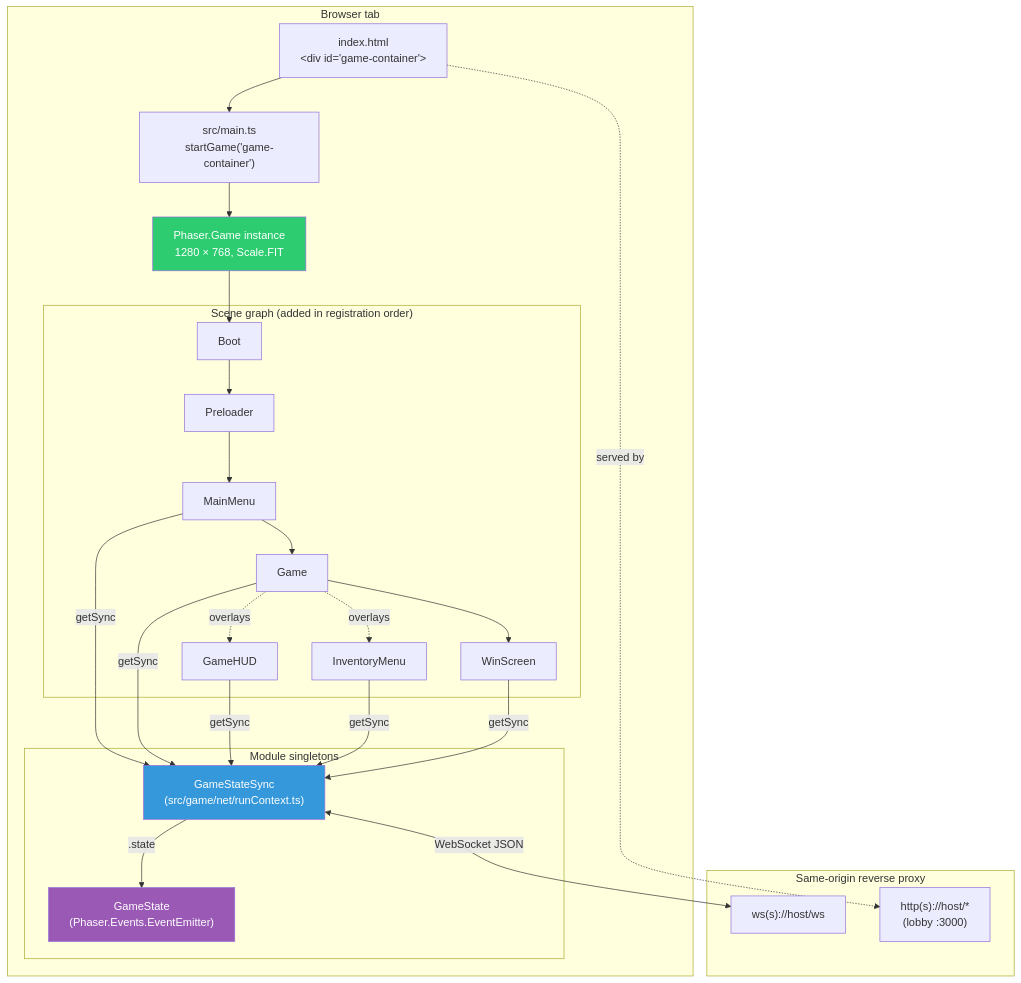
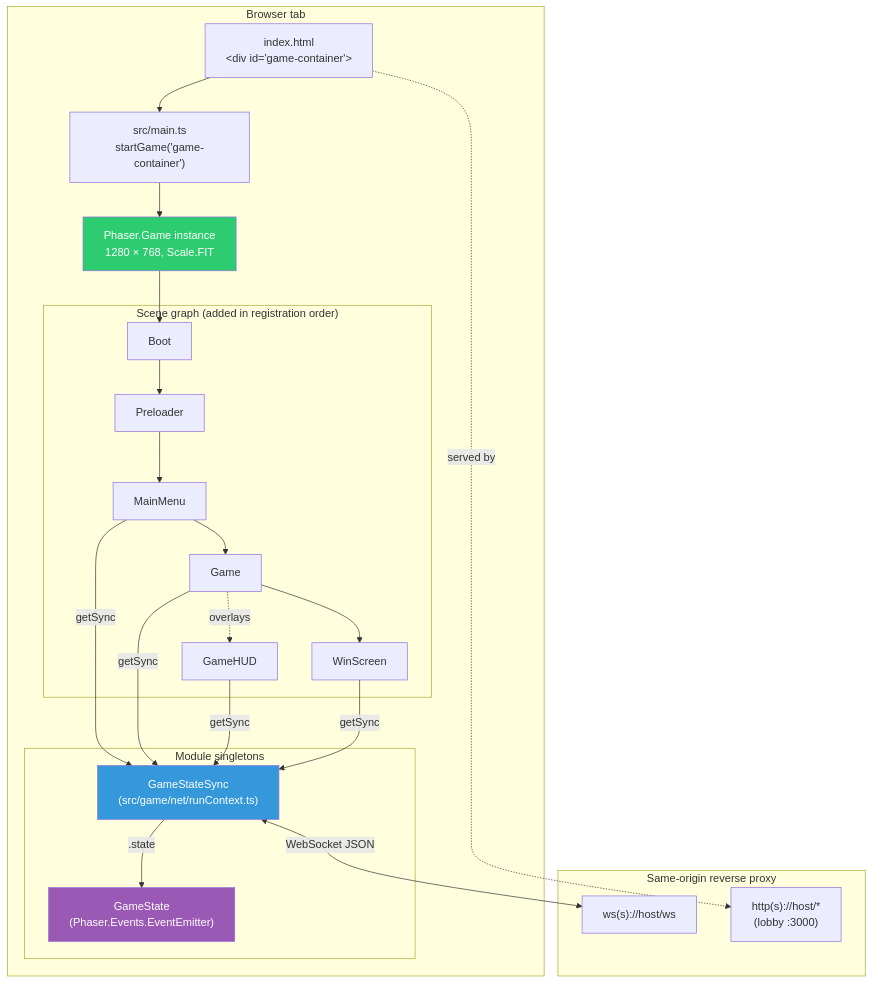
Before and after one commit to NUSGreyhats/dcsg-vibecat-404: the first of 2 diagrams in docs/specs/client/01-architecture.md, drawn with Mermaid. The commit also changed other lines of this file and 36 other files, not shown here.

Commit message:
Remove inventory and show powerups in game

````diff
--- a/docs/specs/client/01-architecture.md
+++ b/docs/specs/client/01-architecture.md
@@ -9,42 +9,41 @@
 ```mermaid
 graph TB
     subgraph "Browser tab"
         HTML["index.html<br/>&lt;div id='game-container'&gt;"]
         MAIN["src/main.ts<br/>startGame('game-container')"]
         PHASER["Phaser.Game instance<br/>1280 × 768, Scale.FIT"]
 
         subgraph "Scene graph (added in registration order)"
             BOOT[Boot]
             PRE[Preloader]
             MENU[MainMenu]
             GAME[Game]
             HUD[GameHUD]
-            INV[InventoryMenu]
             WIN[WinScreen]
         end
 
         subgraph "Module singletons"
             SYNC["GameStateSync<br/>(src/game/net/runContext.ts)"]
             STATE["GameState<br/>(Phaser.Events.EventEmitter)"]
         end
     end
 
     subgraph "Same-origin reverse proxy"
         WS["ws(s)://host/ws"]
         HTTP["http(s)://host/*<br/>(lobby :3000)"]
     end
 
     HTML --> MAIN --> PHASER
     PHASER --> BOOT --> PRE --> MENU --> GAME
-    GAME -.overlays.-> HUD & INV
+    GAME -.overlays.-> HUD
     GAME --> WIN
 
-    MENU & GAME & HUD & INV & WIN -->|getSync| SYNC
+    MENU & GAME & HUD & WIN -->|getSync| SYNC
     SYNC -->|.state| STATE
     SYNC <-->|WebSocket JSON| WS
     HTML -.served by.-> HTTP
 
     style PHASER fill:#2ecc71,color:#fff
     style SYNC fill:#3498db,color:#fff
     style STATE fill:#9b59b6,color:#fff
 ```
````
